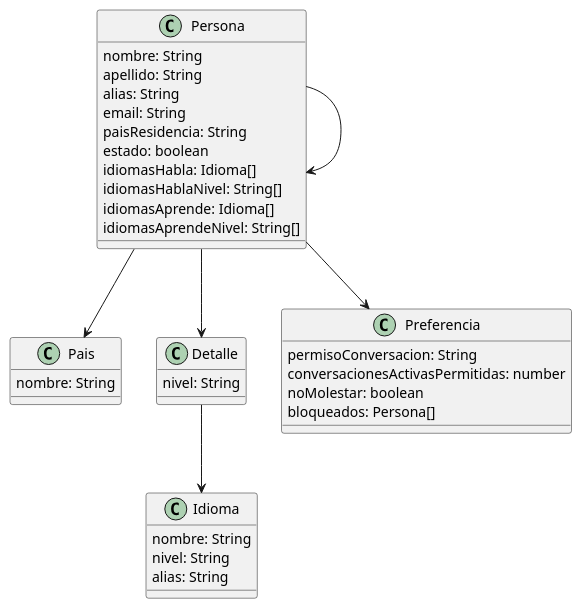
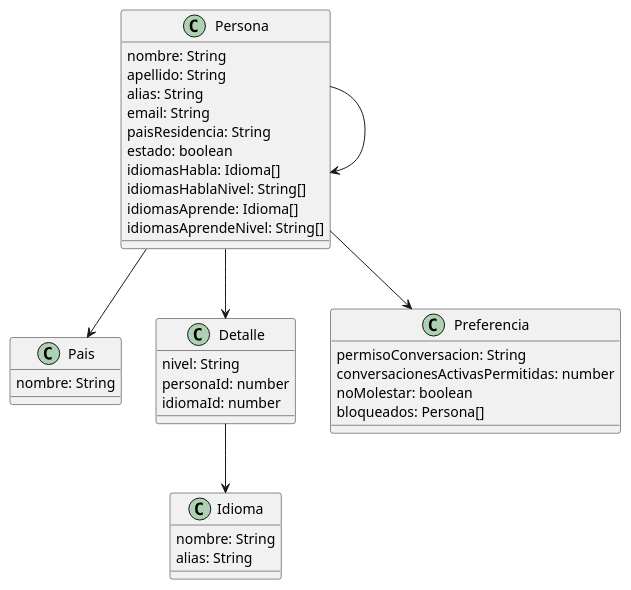
The diagram in src/diagrama.puml (gaelgonzalezz/tandem), drawn with PlantUML before and after one commit. The commit also changed 12 other files, not shown here.

```diff
--- a/src/diagrama.puml
+++ b/src/diagrama.puml
@@ -1,43 +1,44 @@
 @startuml
 
 class Persona {
     nombre: String
     apellido: String
     alias: String
     email: String
     paisResidencia: String
     estado: boolean
     idiomasHabla: Idioma[]
     idiomasHablaNivel: String[]
     idiomasAprende: Idioma[]
     idiomasAprendeNivel: String[]
 }
 
 class Pais {
     nombre: String
 }
 
 class Idioma {
     nombre: String
-    nivel: String
     alias: String
 }
 
 class Detalle {
     nivel: String
+    personaId: number
+    idiomaId: number
 }
 
 class Preferencia {
     permisoConversacion: String
     conversacionesActivasPermitidas: number
     noMolestar: boolean
     bloqueados: Persona[]
 }
 
 Persona -> Persona
 Persona --> Pais
 Persona --> Detalle
 Persona --> Preferencia
 Detalle --> Idioma
 
 @enduml
```
